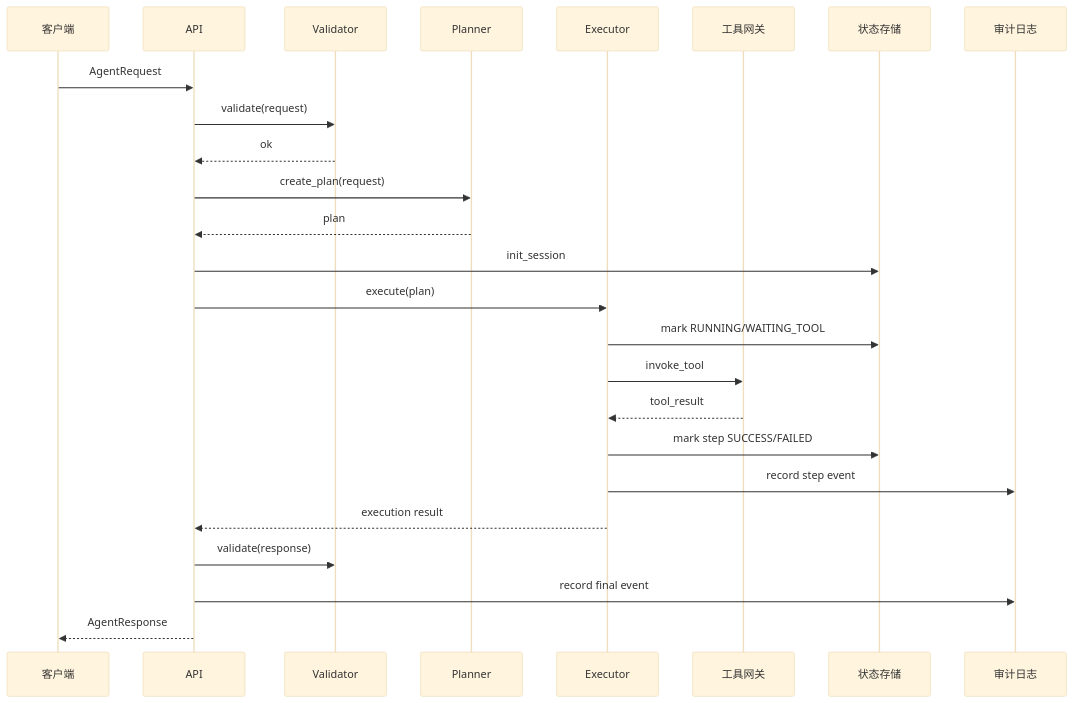
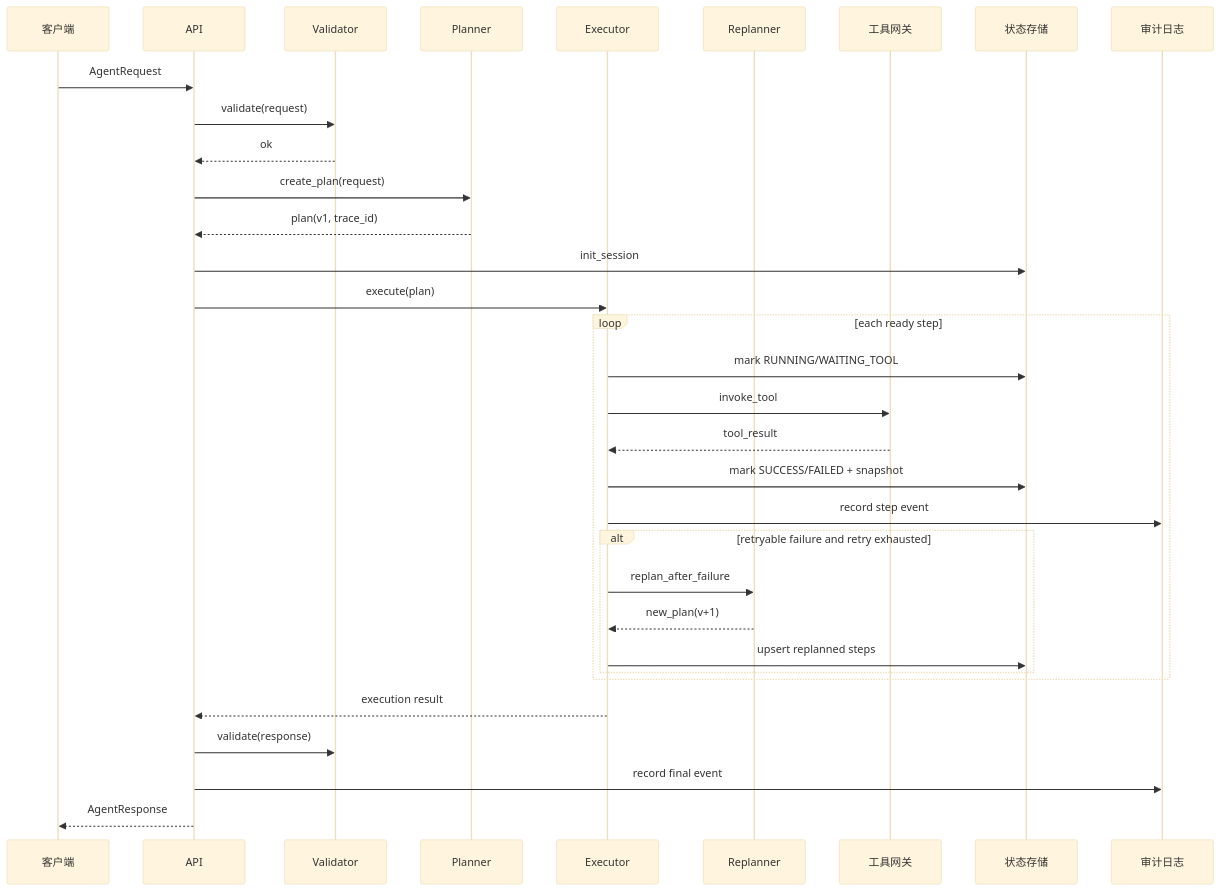
The diagram in agent-system/docs/architecture/sequence-main-flow.md (zhourui392/agent-learning), drawn with Mermaid (base theme) before and after one commit. The commit also changed other lines of this file and 26 other files, not shown here.

````diff
--- a/agent-system/docs/architecture/sequence-main-flow.md
+++ b/agent-system/docs/architecture/sequence-main-flow.md
@@ -13,28 +14,36 @@
 ```mermaid
 sequenceDiagram
     participant C as 客户端
     participant A as API
     participant V as Validator
     participant P as Planner
     participant E as Executor
+    participant R as Replanner
     participant G as 工具网关
     participant S as 状态存储
     participant L as 审计日志
 
     C->>A: AgentRequest
     A->>V: validate(request)
     V-->>A: ok
     A->>P: create_plan(request)
-    P-->>A: plan
+    P-->>A: plan(v1, trace_id)
     A->>S: init_session
     A->>E: execute(plan)
-    E->>S: mark RUNNING/WAITING_TOOL
-    E->>G: invoke_tool
-    G-->>E: tool_result
-    E->>S: mark step SUCCESS/FAILED
-    E->>L: record step event
+    loop each ready step
+        E->>S: mark RUNNING/WAITING_TOOL
+        E->>G: invoke_tool
+        G-->>E: tool_result
+        E->>S: mark SUCCESS/FAILED + snapshot
+        E->>L: record step event
+        alt retryable failure and retry exhausted
+            E->>R: replan_after_failure
+            R-->>E: new_plan(v+1)
+            E->>S: upsert replanned steps
+        end
+    end
     E-->>A: execution result
     A->>V: validate(response)
     A->>L: record final event
     A-->>C: AgentResponse
 ```
````
